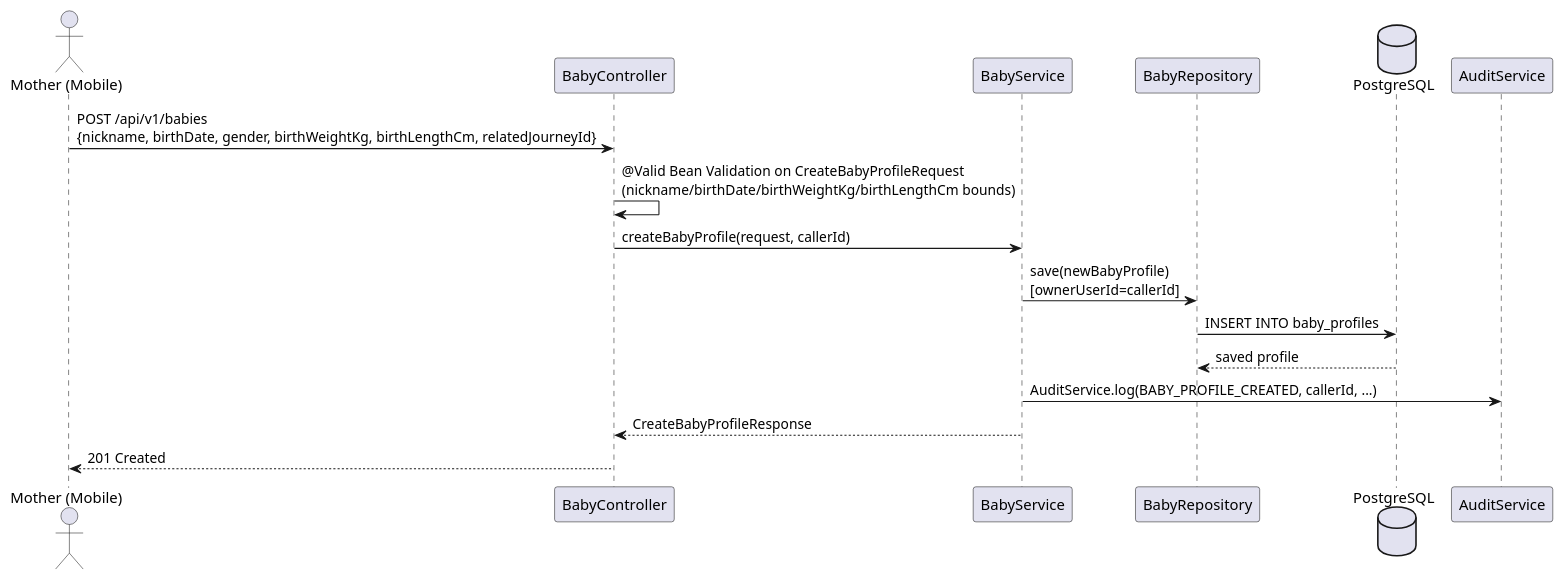
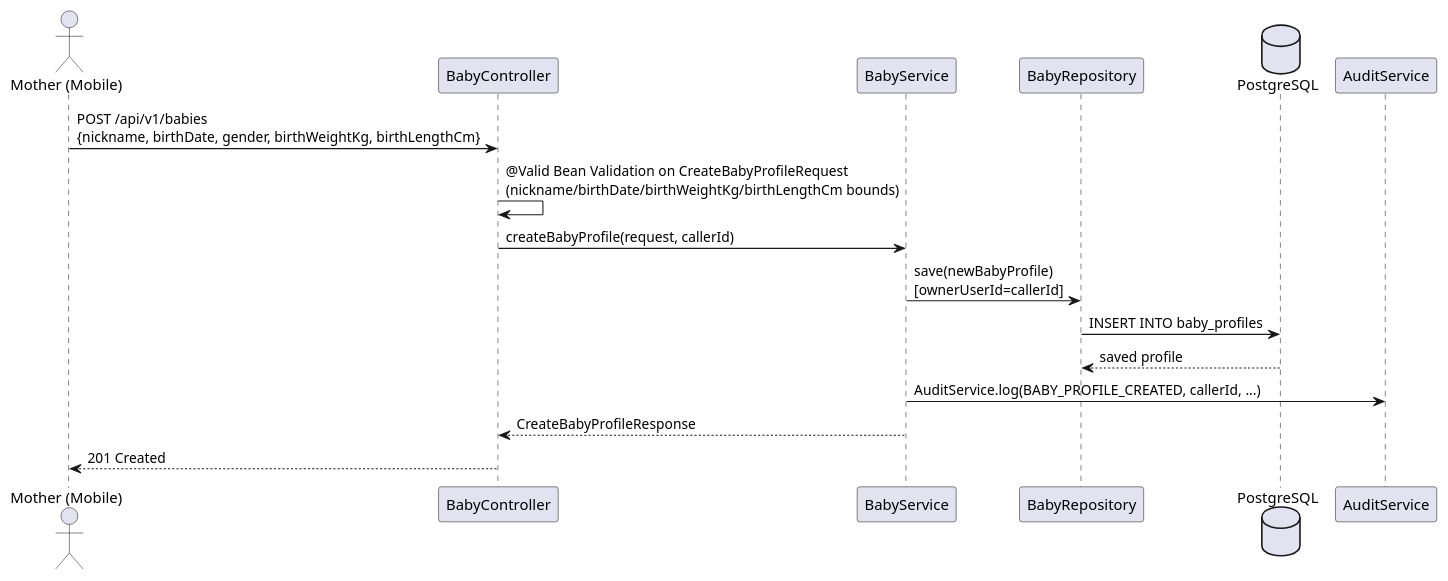
The second of 3 diagrams in 04_Implement/UC31_CreateBabyProfile/UC31_CreateBabyProfile_TDS.md (ChuongBDHE172784/CareBridge_SEP490_G79), drawn with PlantUML before and after one commit. The commit also changed other lines of this file and 576 other files, not shown here.

````diff
--- a/04_Implement/UC31_CreateBabyProfile/UC31_CreateBabyProfile_TDS.md
+++ b/04_Implement/UC31_CreateBabyProfile/UC31_CreateBabyProfile_TDS.md
@@ -215,20 +214,20 @@
 ```plantuml
 @startuml CreateBabyProfile_HappyPath
 actor "Mother (Mobile)" as Client
 participant "BabyController" as Controller
 participant "BabyService" as Service
 participant "BabyRepository" as Repo
 database "PostgreSQL" as DB
 participant "AuditService" as Audit
 
-Client -> Controller : POST /api/v1/babies\n{nickname, birthDate, gender, birthWeightKg, birthLengthCm, relatedJourneyId}
+Client -> Controller : POST /api/v1/babies\n{nickname, birthDate, gender, birthWeightKg, birthLengthCm}
 Controller -> Controller : @Valid Bean Validation on CreateBabyProfileRequest\n(nickname/birthDate/birthWeightKg/birthLengthCm bounds)
 Controller -> Service : createBabyProfile(request, callerId)
 Service -> Repo : save(newBabyProfile)\n[ownerUserId=callerId]
 Repo -> DB : INSERT INTO baby_profiles
 DB --> Repo : saved profile
 Service -> Audit : AuditService.log(BABY_PROFILE_CREATED, callerId, ...)
 Service --> Controller : CreateBabyProfileResponse
 Controller --> Client : 201 Created
 @enduml
 ```
````
